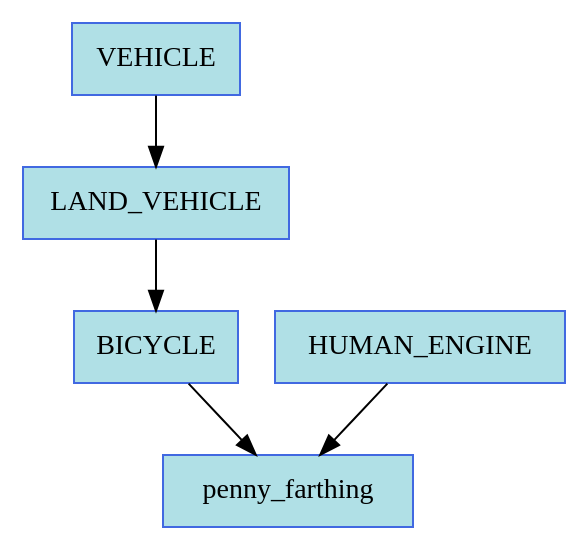
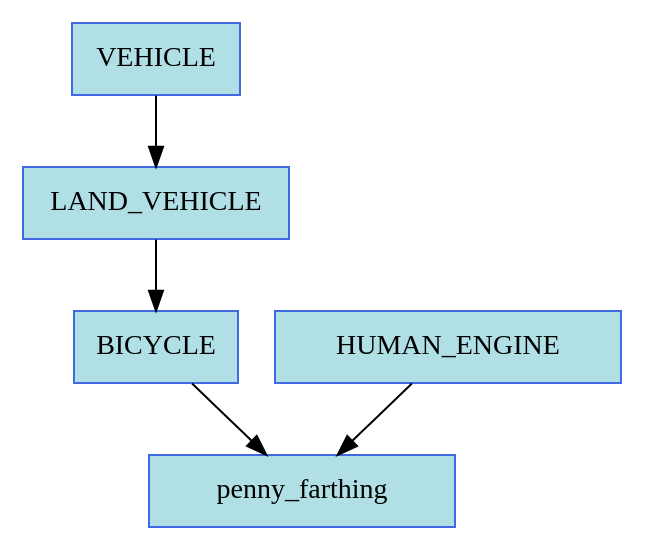
Before and after one commit to metomi/rose: the fourth of 6 diagrams in sphinx/tutorial/cylc/furthertopics/inheritance.rst, drawn with Graphviz. The commit also changed other lines of this file, not shown here.

```diff
--- a/sphinx/tutorial/cylc/furthertopics/inheritance.rst
+++ b/sphinx/tutorial/cylc/furthertopics/inheritance.rst
@@ -375,12 +383,15 @@
 .. digraph:: Example
    :align: center
 
    bgcolor=none
 
    VEHICLE [color=royalblue, fillcolor=powderblue, shape=box, style=filled]
-   LAND_VEHICLE [color=royalblue, fillcolor=powderblue, shape=box, style=filled]
+   LAND_VEHICLE [color=royalblue, fillcolor=powderblue, shape=box,
+       style=filled]
    BICYCLE [color=royalblue, fillcolor=powderblue, shape=box, style=filled]
-   HUMAN_ENGINE [color=royalblue, fillcolor=powderblue, shape=box, style=filled]
-   penny_farthing [color=royalblue, fillcolor=powderblue, shape=box, style=filled]
+   HUMAN_ENGINE [color=royalblue, fillcolor=powderblue, shape=box,
+       style=filled, margin="0.3,0.055"]
+   penny_farthing [color=royalblue, fillcolor=powderblue, shape=box,
+       style=filled, margin="0.3,0.055"]
    VEHICLE -> LAND_VEHICLE -> BICYCLE -> penny_farthing
    HUMAN_ENGINE -> penny_farthing
```
